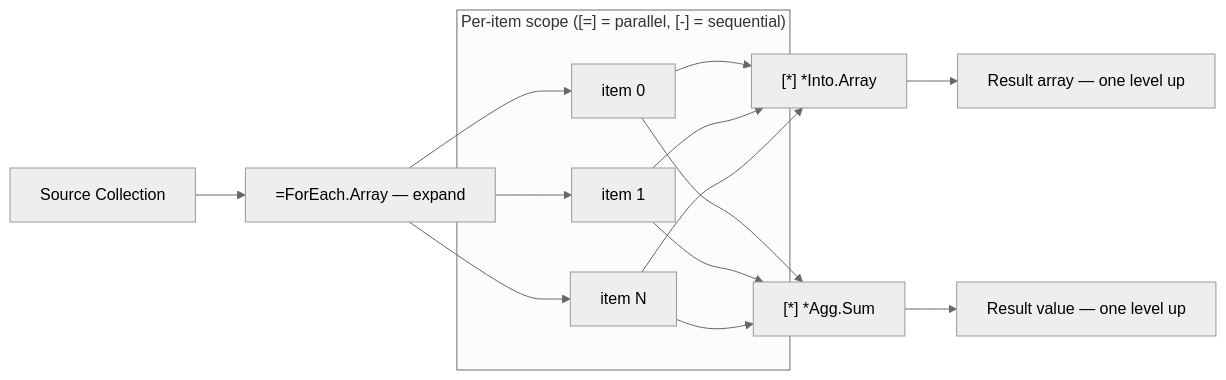
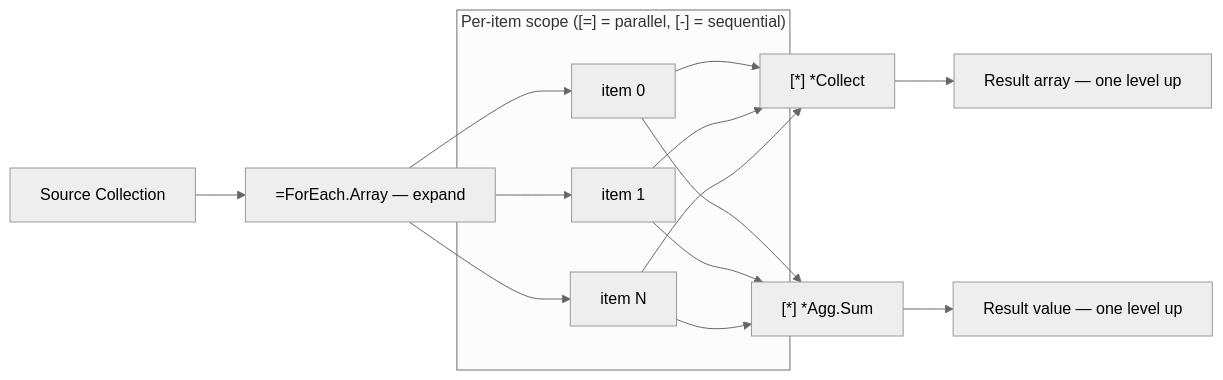
Before and after one commit to hasan-alj88/Polyglot: the first of 2 diagrams in docs/user/concepts/collections/collect.md, drawn with Mermaid (neutral theme). The commit also changed other lines of this file and 16 other files, not shown here.

````diff
--- a/docs/user/concepts/collections/collect.md
+++ b/docs/user/concepts/collections/collect.md
@@ -21,23 +21,23 @@
 ```mermaid
 flowchart LR
     SRC["Source Collection"]
     EXP["=ForEach.Array — expand"]
 
     subgraph scope ["Per-item scope ([=] = parallel, [-] = sequential)"]
         I1["item 0"]
         I2["item 1"]
         I3["item N"]
     end
 
-    C1["[*] *Into.Array"]
+    C1["[*] *Collect"]
     C2["[*] *Agg.Sum"]
     R1["Result array — one level up"]
     R2["Result value — one level up"]
 
     SRC --> EXP
     EXP --> I1
     EXP --> I2
     EXP --> I3
     I1 & I2 & I3 --> C1 --> R1
     I1 & I2 & I3 --> C2 --> R2
 ```
````
